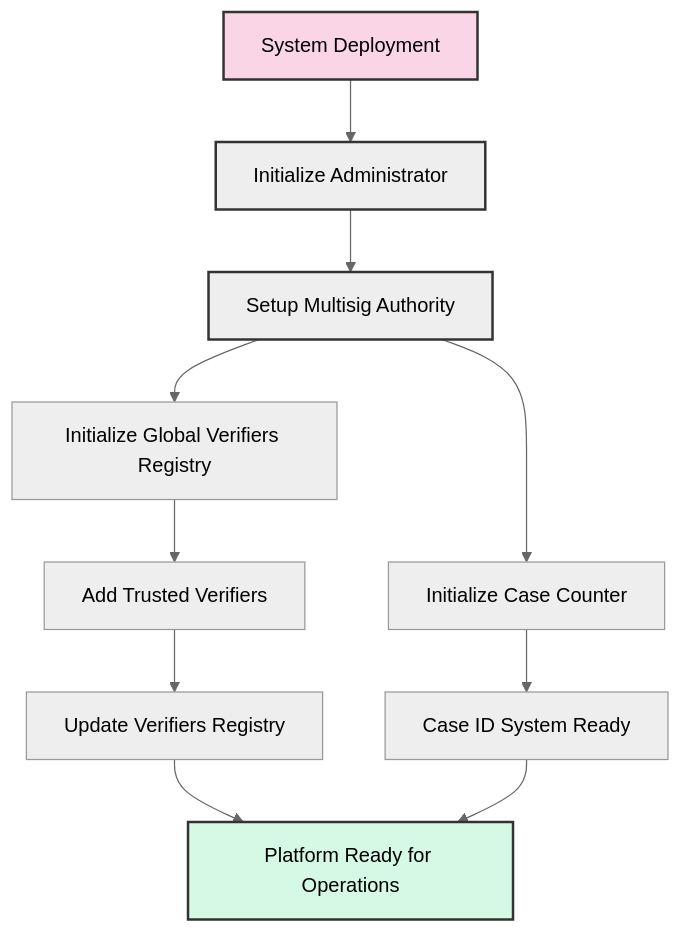
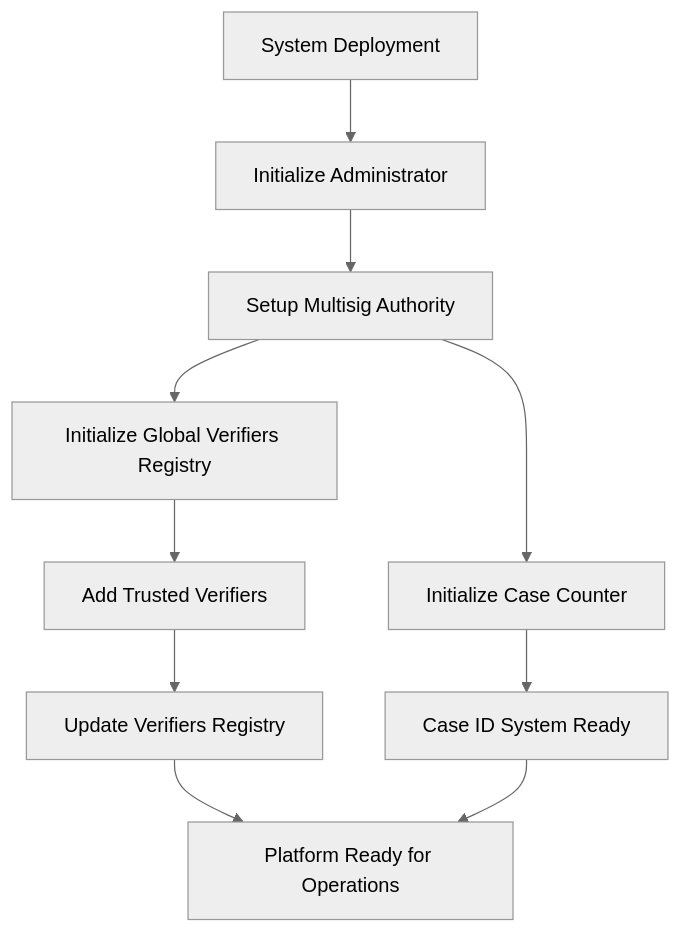
One commit to AymanF10/CuraChain changed the first of 6 diagrams in README.md. Above: the diagram before and after it, drawn with Mermaid (neutral theme). The commit also changed other lines of this file, not shown here.

````diff
--- a/README.md
+++ b/README.md
@@ -206,19 +206,14 @@
 ```mermaid
 flowchart TD
     A[System Deployment] --> B[Initialize Administrator]
     B --> C[Setup Multisig Authority]
     C --> D[Initialize Global Verifiers Registry]
     C --> E[Initialize Case Counter]
     
     D --> F[Add Trusted Verifiers]
     F --> G[Update Verifiers Registry]
     
     E --> H[Case ID System Ready]
     G --> I[Platform Ready for Operations]
     H --> I
-    
-    style A fill:#f9d5e5,stroke:#333,stroke-width:2px
-    style B fill:#eeeeee,stroke:#333,stroke-width:2px
-    style C fill:#eeeeee,stroke:#333,stroke-width:2px
-    style I fill:#d5f9e5,stroke:#333,stroke-width:2px
 ```
````
